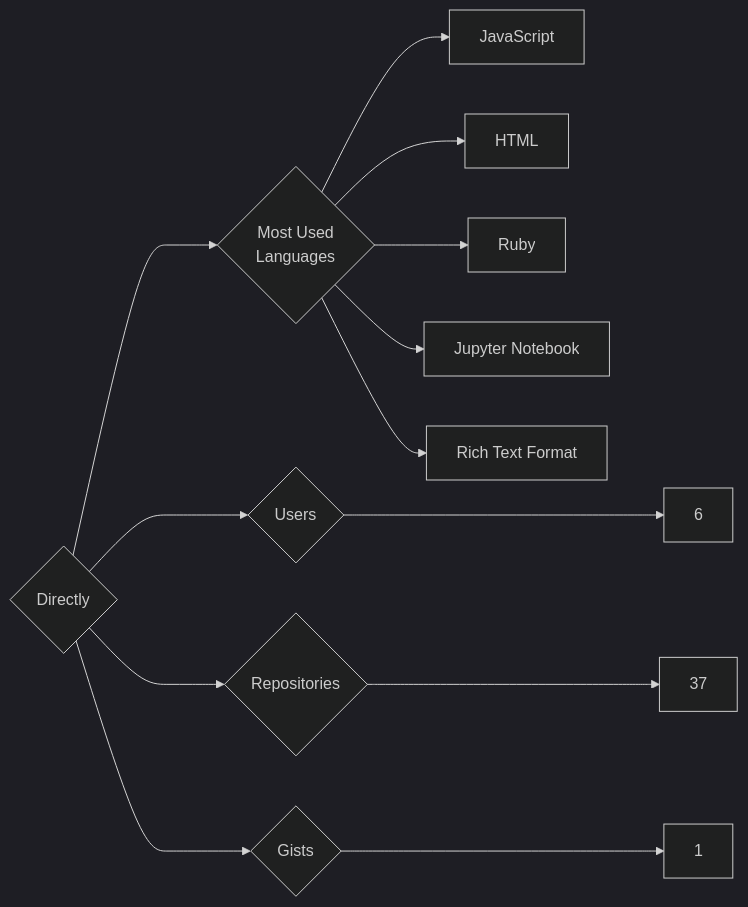
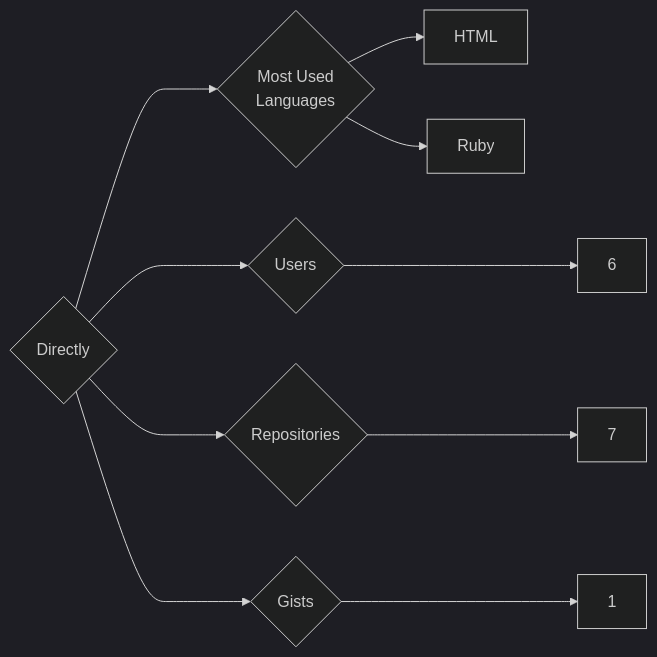
Before and after one commit to trickest/insiders: the diagram in targets/Directly/README.md, drawn with Mermaid (dark theme). The commit also changed 1120 other files, not shown here.

````diff
--- a/targets/Directly/README.md
+++ b/targets/Directly/README.md
@@ -3,13 +3,10 @@
 ```mermaid
 graph LR
 COMPANY_NAME{Directly}
 COMPANY_NAME ---> U{Users} ---> UN[6]
-COMPANY_NAME ---> R{Repositories} ---> RN[37]
+COMPANY_NAME ---> R{Repositories} ---> RN[7]
 COMPANY_NAME ---> G{Gists} ---> GN[1]
 COMPANY_NAME ---> ML{Most Used<br>Languages}
-ML --> JavaScript[JavaScript]
 ML --> HTML[HTML]
 ML --> Ruby[Ruby]
-ML --> Jupyter_Notebook[Jupyter Notebook]
-ML --> Rich_Text_Format[Rich Text Format]
 ```
````
